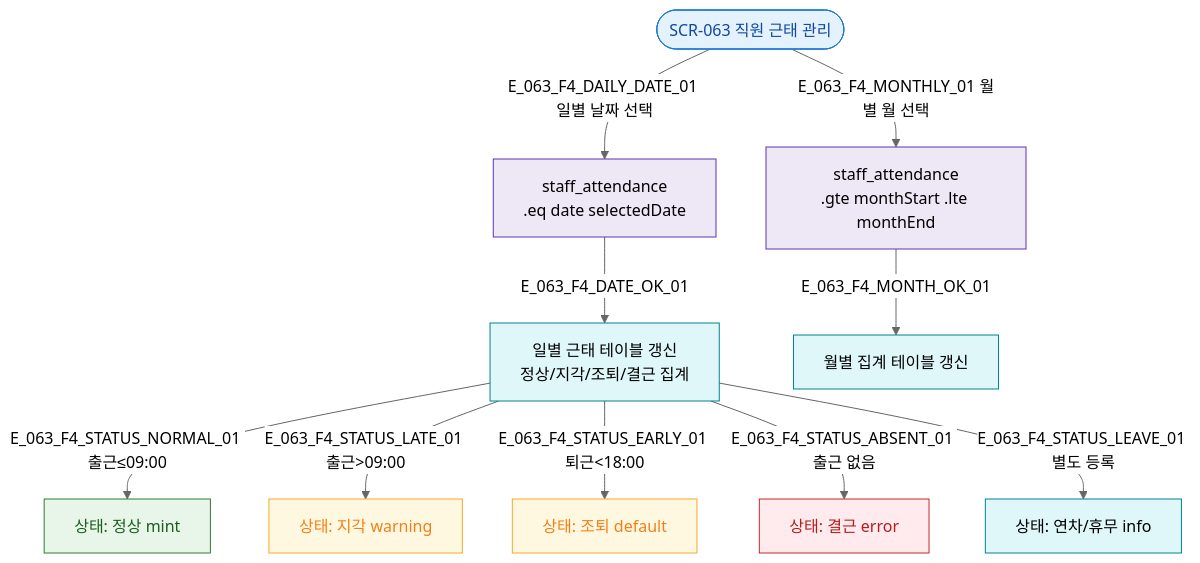
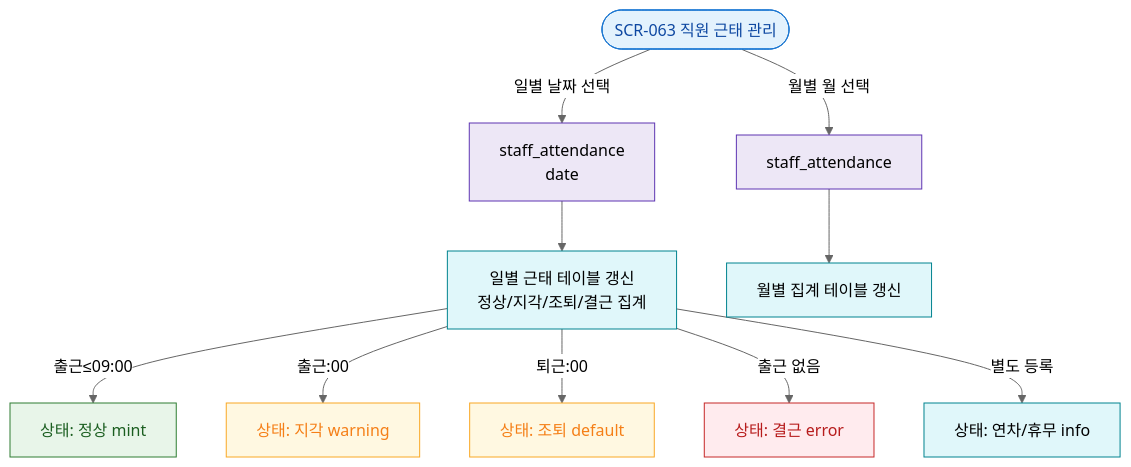
One commit to dev-spogym/admin-pando changed the diagram in docs/다이어그램/D07_직원관리/SCR-063_직원근태관리/F4_필터검색정렬.md. Above: the diagram before and after it, drawn with Mermaid (neutral theme). The commit also changed other lines of this file and 1660 other files, not shown here.

First line of the commit message:
다이어그램: 기획자/클라이언트 납품본으로 정리

````diff
--- a/docs/다이어그램/D07_직원관리/SCR-063_직원근태관리/F4_필터검색정렬.md
+++ b/docs/다이어그램/D07_직원관리/SCR-063_직원근태관리/F4_필터검색정렬.md
@@ -18,31 +16,31 @@
 ```mermaid
 flowchart TD
   SCR_063([SCR-063 직원 근태 관리])
 
-  SCR_063 -->|E_063_F4_DAILY_DATE_01 일별 날짜 선택| DATE_QUERY[staff_attendance\n.eq date selectedDate]
-  DATE_QUERY -->|E_063_F4_DATE_OK_01| DAILY_TABLE[일별 근태 테이블 갱신\n정상/지각/조퇴/결근 집계]
+  SCR_063 -->|일별 날짜 선택|DATE_QUERY[staff_attendance\n date]
+  DATE_QUERY --> DAILY_TABLE[일별 근태 테이블 갱신\n정상/지각/조퇴/결근 집계]
 
-  SCR_063 -->|E_063_F4_MONTHLY_01 월별 월 선택| MONTH_QUERY[staff_attendance\n.gte monthStart .lte monthEnd]
-  MONTH_QUERY -->|E_063_F4_MONTH_OK_01| MONTHLY_TABLE[월별 집계 테이블 갱신]
+  SCR_063 -->|월별 월 선택|MONTH_QUERY[staff_attendance\n]
+  MONTH_QUERY --> MONTHLY_TABLE[월별 집계 테이블 갱신]
 
-  DAILY_TABLE -->|"E_063_F4_STATUS_NORMAL_01 출근≤09:00"| STATUS_NORMAL[상태: 정상 mint]
-  DAILY_TABLE -->|"E_063_F4_STATUS_LATE_01 출근>09:00"| STATUS_LATE[상태: 지각 warning]
-  DAILY_TABLE -->|"E_063_F4_STATUS_EARLY_01 퇴근<18:00"| STATUS_EARLY[상태: 조퇴 default]
-  DAILY_TABLE -->|E_063_F4_STATUS_ABSENT_01 출근 없음| STATUS_ABSENT[상태: 결근 error]
-  DAILY_TABLE -->|E_063_F4_STATUS_LEAVE_01 별도 등록| STATUS_LEAVE[상태: 연차/휴무 info]
+  DAILY_TABLE -->|"출근≤09:00"|STATUS_NORMAL[상태: 정상 mint]
+  DAILY_TABLE -->|"출근:00"|STATUS_LATE[상태: 지각 warning]
+  DAILY_TABLE -->|"퇴근:00"|STATUS_EARLY[상태: 조퇴 default]
+  DAILY_TABLE -->|출근 없음|STATUS_ABSENT[상태: 결근 error]
+  DAILY_TABLE -->|별도 등록|STATUS_LEAVE[상태: 연차/휴무 info]
 
-  classDef screen  fill:#E3F2FD,stroke:#1976D2,color:#0D47A1
+  classDef screen fill:#E3F2FD,stroke:#1976D2,color:#0D47A1
   classDef success fill:#E8F5E9,stroke:#2E7D32,color:#1B5E20
   classDef warning fill:#FFF8E1,stroke:#F9A825,color:#F57F17
-  classDef error   fill:#FFEBEE,stroke:#C62828,color:#B71C1C
-  classDef info    fill:#E0F7FA,stroke:#00838F
-  classDef system  fill:#EDE7F6,stroke:#5E35B2
+  classDef error fill:#FFEBEE,stroke:#C62828,color:#B71C1C
+  classDef info fill:#E0F7FA,stroke:#00838F
+  classDef system fill:#EDE7F6,stroke:#5E35B2
 
   class SCR_063 screen
   class DATE_QUERY,MONTH_QUERY system
   class DAILY_TABLE,MONTHLY_TABLE info
   class STATUS_NORMAL success
   class STATUS_LATE,STATUS_EARLY warning
   class STATUS_ABSENT error
   class STATUS_LEAVE info
 ```
````
